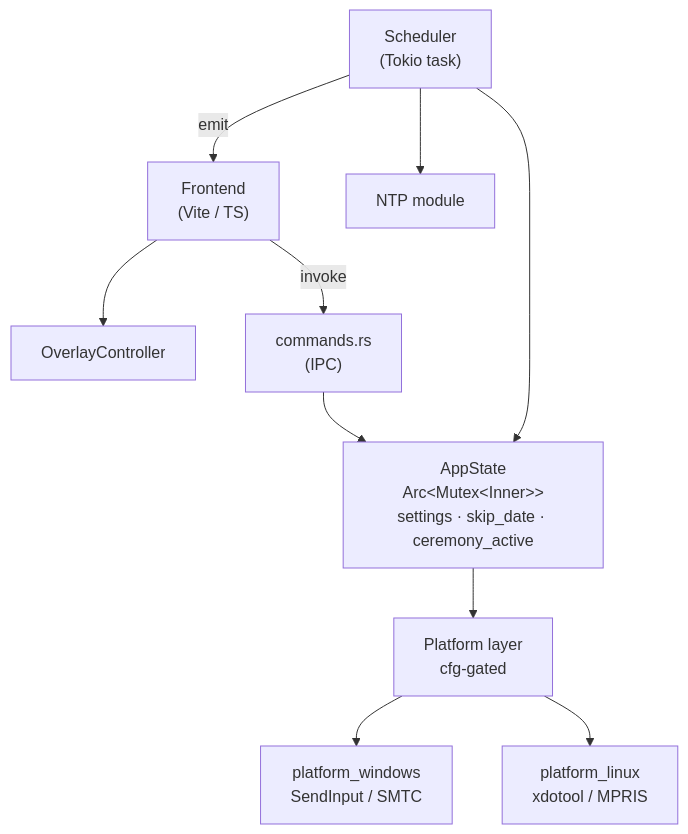
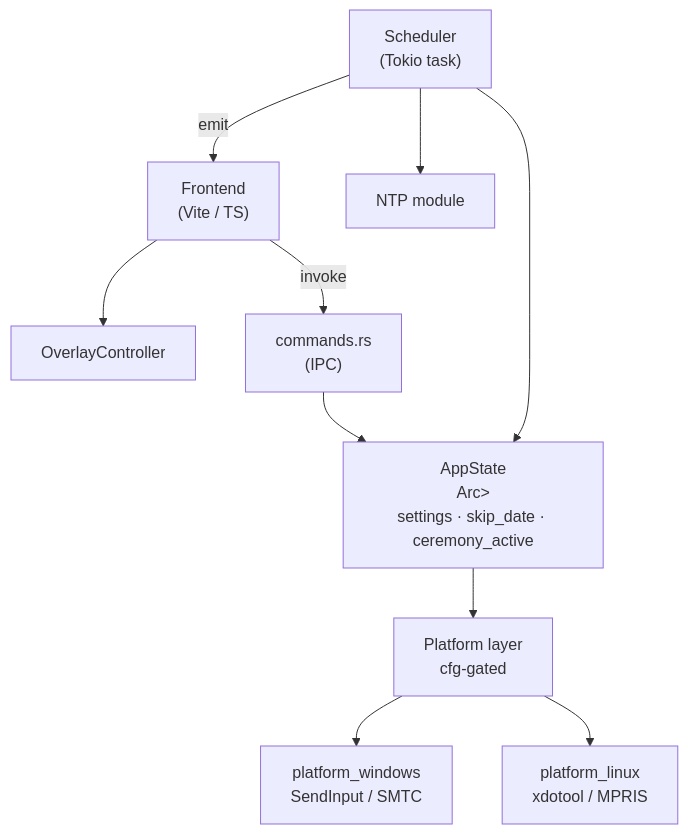
Before and after one commit to ChernegaSergiy/minute-of-silence: the diagram in docs/architecture.md, drawn with Mermaid. The commit also changed other lines of this file, not shown here.

Commit message:
docs: Update architecture.md with multi-platform paths and new features

````diff
--- a/docs/architecture.md
+++ b/docs/architecture.md
@@ -5,22 +5,22 @@
 ```mermaid
 graph TD
     Scheduler["Scheduler\n(Tokio task)"]
     NTP["NTP module"]
     Frontend["Frontend\n(Vite / TS)"]
     Overlay["OverlayController"]
     Commands["commands.rs\n(IPC)"]
-    State["AppState\nArc&lt;Mutex&lt;Inner&gt;&gt;\nsettings · skip_date · ceremony_active"]
+    State["AppState\nArc<Mutex<Inner>>\nsettings · skip_date · ceremony_active"]
     Platform["Platform layer\ncfg-gated"]
     Windows["platform_windows\nSendInput / SMTC"]
     Linux["platform_linux\nxdotool / MPRIS"]
 
     Scheduler -->|emit| Frontend
     Frontend --> Overlay
     Frontend -->|invoke| Commands
     Scheduler --> NTP
     Scheduler --> State
     Commands --> State
     State --> Platform
     Platform --> Windows
     Platform --> Linux
 ```
````
